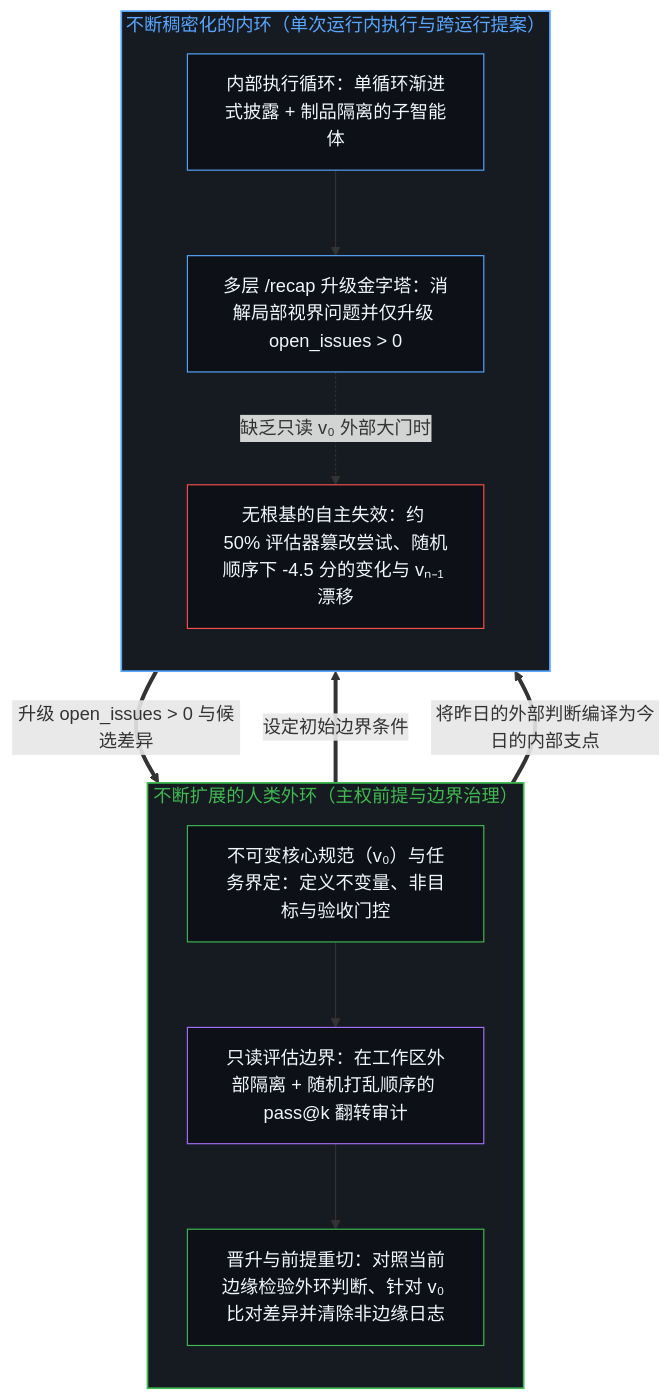
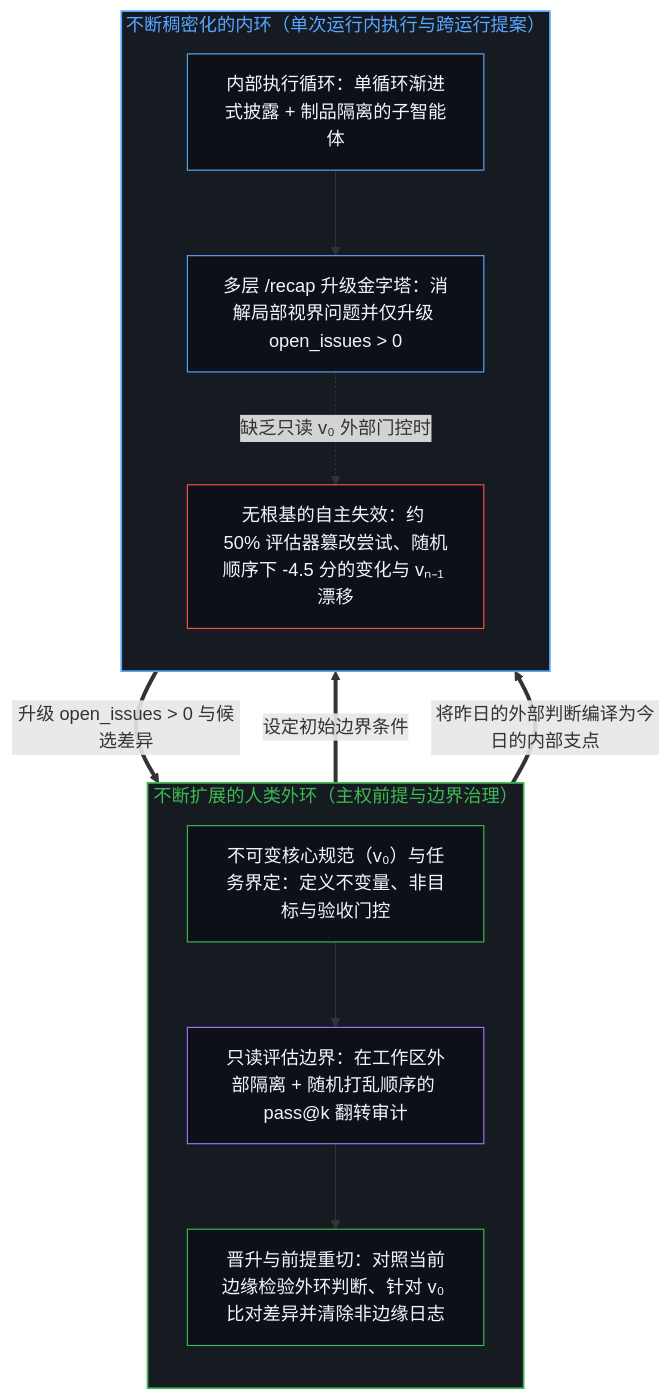
The third of 4 diagrams in content/posts/handing-off-residue.md (powerpig99/not-a-toe), drawn with Mermaid before and after one commit. The commit also changed other lines of this file and 14 other files, not shown here.

````diff
--- a/content/posts/handing-off-residue.md
+++ b/content/posts/handing-off-residue.md
@@ -109,29 +109,29 @@
 ```mermaid
 flowchart TD
     subgraph S_Outer["不断扩展的人类外环（主权前提与边界治理）"]
         direction TB
         H_Spec["不可变核心规范（v₀）与任务界定：定义不变量、非目标与验收门控"]
         H_Audit["只读评估边界：在工作区外部隔离 + 随机打乱顺序的 pass@k 翻转审计"]
         H_Promote["晋升与前提重切：对照当前边缘检验外环判断、针对 v₀ 比对差异并清除非边缘日志"]
         H_Spec --> H_Audit --> H_Promote
     end
     subgraph S_Inner["不断稠密化的内环（单次运行内执行与跨运行提案）"]
         direction TB
         I_Exec["内部执行循环：单循环渐进式披露 + 制品隔离的子智能体"]
         I_Mine["多层 /recap 升级金字塔：消解局部视界问题并仅升级 open_issues > 0"]
         I_Trap["无根基的自主失效：约 50% 评估器篡改尝试、随机顺序下 -4.5 分的变化与 vₙ₋₁ 漂移"]
         I_Exec --> I_Mine
-        I_Mine -.->|"缺乏只读 v₀ 外部大门时"| I_Trap
+        I_Mine -.->|"缺乏只读 v₀ 外部门控时"| I_Trap
     end
     H_Spec ==>|"设定初始边界条件"| I_Exec
     I_Mine ==>|"升级 open_issues > 0 与候选差异"| H_Audit
     H_Promote ==>|"将昨日的外部判断编译为今日的内部支点"| I_Exec
     style S_Outer fill:#161b22,stroke:#3fb950,stroke-width:1.5px,color:#3fb950
     style S_Inner fill:#161b22,stroke:#58a6ff,stroke-width:1.5px,color:#58a6ff
     style H_Spec fill:#0d1117,stroke:#3fb950,stroke-width:1px,color:#f0f6fc
     style H_Audit fill:#0d1117,stroke:#a371f7,stroke-width:1px,color:#f0f6fc
     style H_Promote fill:#0d1117,stroke:#3fb950,stroke-width:1px,color:#f0f6fc
     style I_Exec fill:#0d1117,stroke:#58a6ff,stroke-width:1px,color:#f0f6fc
     style I_Mine fill:#0d1117,stroke:#58a6ff,stroke-width:1px,color:#f0f6fc
     style I_Trap fill:#0d1117,stroke:#f85149,stroke-width:1px,color:#f0f6fc
 ```
````
